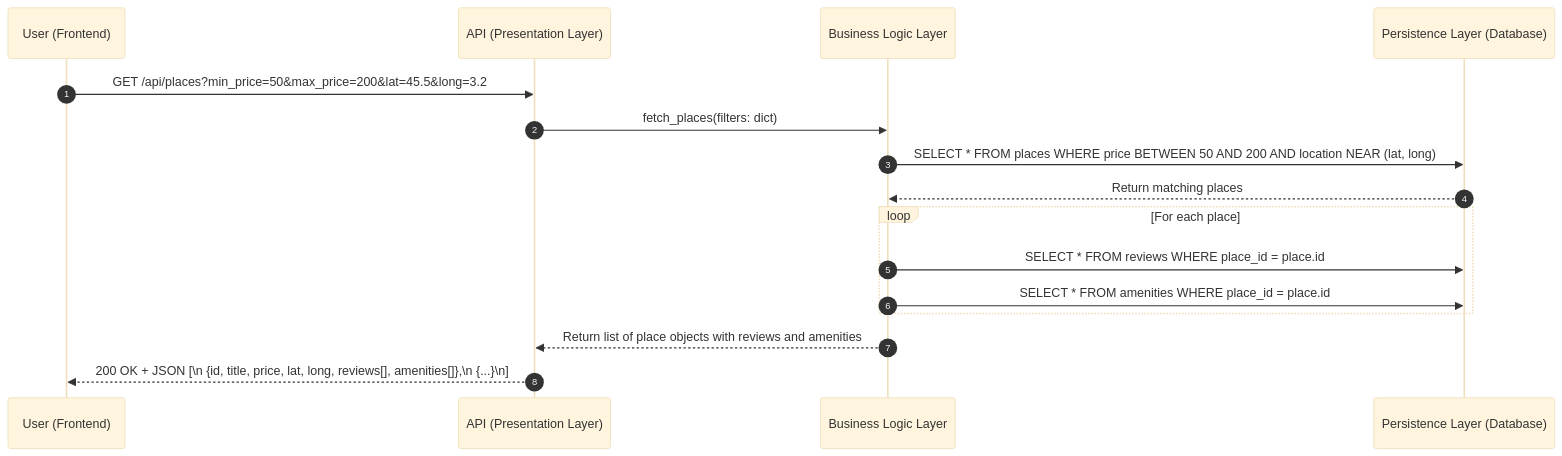
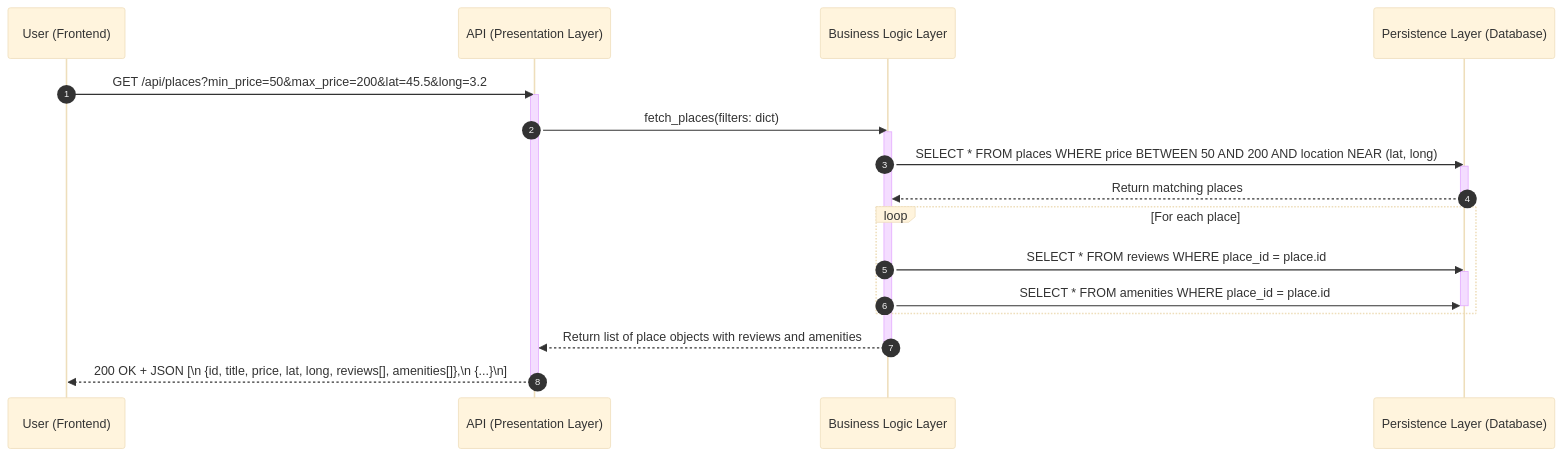
The fourth of 4 diagrams in part1/2_SEQUENCE_DIAGRAMS.md (rahafalharthi1111-png/holbertonschool-hbnb), drawn with Mermaid (base theme) before and after one commit. The commit also changed other lines of this file, not shown here.

````diff
--- a/part1/2_SEQUENCE_DIAGRAMS.md
+++ b/part1/2_SEQUENCE_DIAGRAMS.md
@@ -111,19 +129,27 @@
 ```mermaid
 sequenceDiagram
     autonumber
     participant Client as User (Frontend)
     participant API as API (Presentation Layer)
     participant Logic as Business Logic Layer
     participant DB as Persistence Layer (Database)
     Client->>API: GET /api/places?min_price=50&max_price=200&lat=45.5&long=3.2
+	activate API
     API->>Logic: fetch_places(filters: dict)
+	activate Logic
     Logic->>DB: SELECT * FROM places WHERE price BETWEEN 50 AND 200 AND location NEAR (lat, long)
+	activate DB
     DB-->>Logic: Return matching places
+	deactivate DB
     loop For each place
         Logic->>DB: SELECT * FROM reviews WHERE place_id = place.id
+	activate DB
         Logic->>DB: SELECT * FROM amenities WHERE place_id = place.id
+	deactivate DB
     end
     Logic-->>API: Return list of place objects with reviews and amenities
+	deactivate Logic
     API-->>Client: 200 OK + JSON [\n  {id, title, price, lat, long, reviews[], amenities[]},\n  {...}\n]
+deactivate API
     
 ```
````
